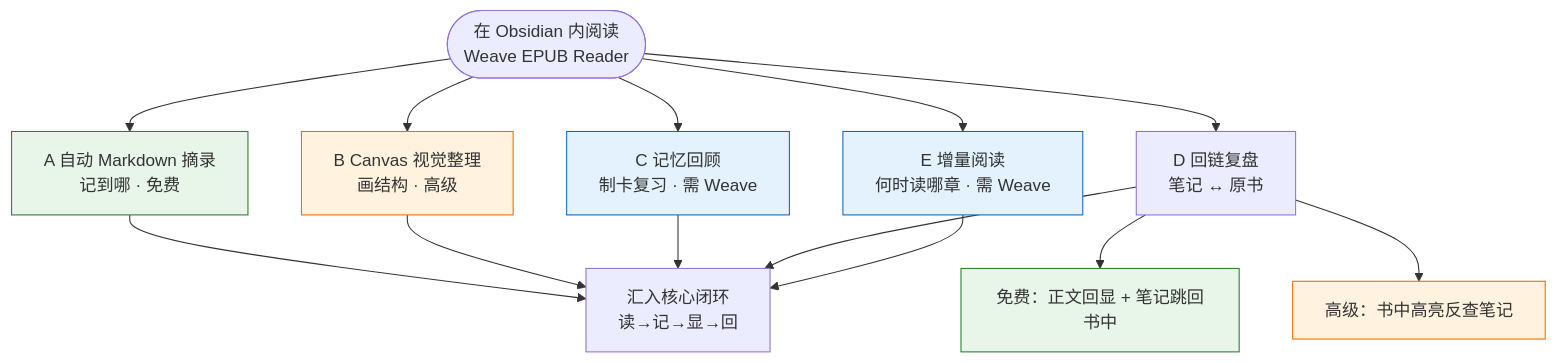
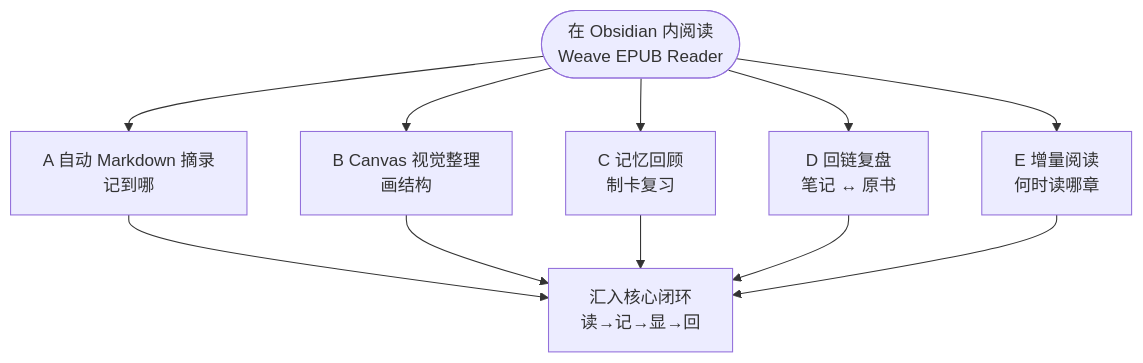
One commit to neil-wang-global/obsidian-weave-reader changed the first of 4 diagrams in README.md. Above: the diagram before and after it, drawn with Mermaid. The commit also changed other lines of this file, not shown here.

````diff
--- a/README.md
+++ b/README.md
@@ -39,26 +50,16 @@
 ```mermaid
 flowchart TB
   READ(["在 Obsidian 内阅读<br/>Weave EPUB Reader"])
 
-  READ --> A["A 自动 Markdown 摘录<br/>记到哪 · 免费"]
-  READ --> B["B Canvas 视觉整理<br/>画结构 · 高级"]
-  READ --> C["C 记忆回顾<br/>制卡复习 · 需 Weave"]
+  READ --> A["A 自动 Markdown 摘录<br/>记到哪"]
+  READ --> B["B Canvas 视觉整理<br/>画结构"]
+  READ --> C["C 记忆回顾<br/>制卡复习"]
   READ --> D["D 回链复盘<br/>笔记 ↔ 原书"]
-  READ --> E["E 增量阅读<br/>何时读哪章 · 需 Weave"]
+  READ --> E["E 增量阅读<br/>何时读哪章"]
 
   A --> LOOP["汇入核心闭环<br/>读→记→显→回"]
   B --> LOOP
   C --> LOOP
   D --> LOOP
   E --> LOOP
-
-  D --> D1["免费：正文回显 + 笔记跳回书中"]
-  D --> D2["高级：书中高亮反查笔记"]
-
-  style A fill:#e8f5e9,stroke:#2e7d32
-  style D1 fill:#e8f5e9,stroke:#2e7d32
-  style B fill:#fff3e0,stroke:#ef6c00
-  style D2 fill:#fff3e0,stroke:#ef6c00
-  style C fill:#e3f2fd,stroke:#1565c0
-  style E fill:#e3f2fd,stroke:#1565c0
 ```
````
